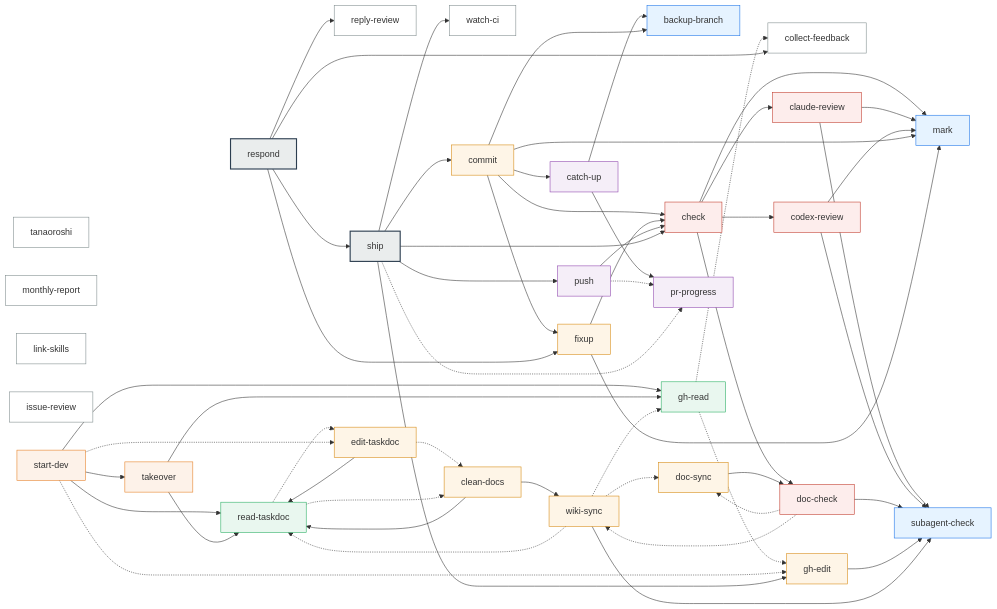
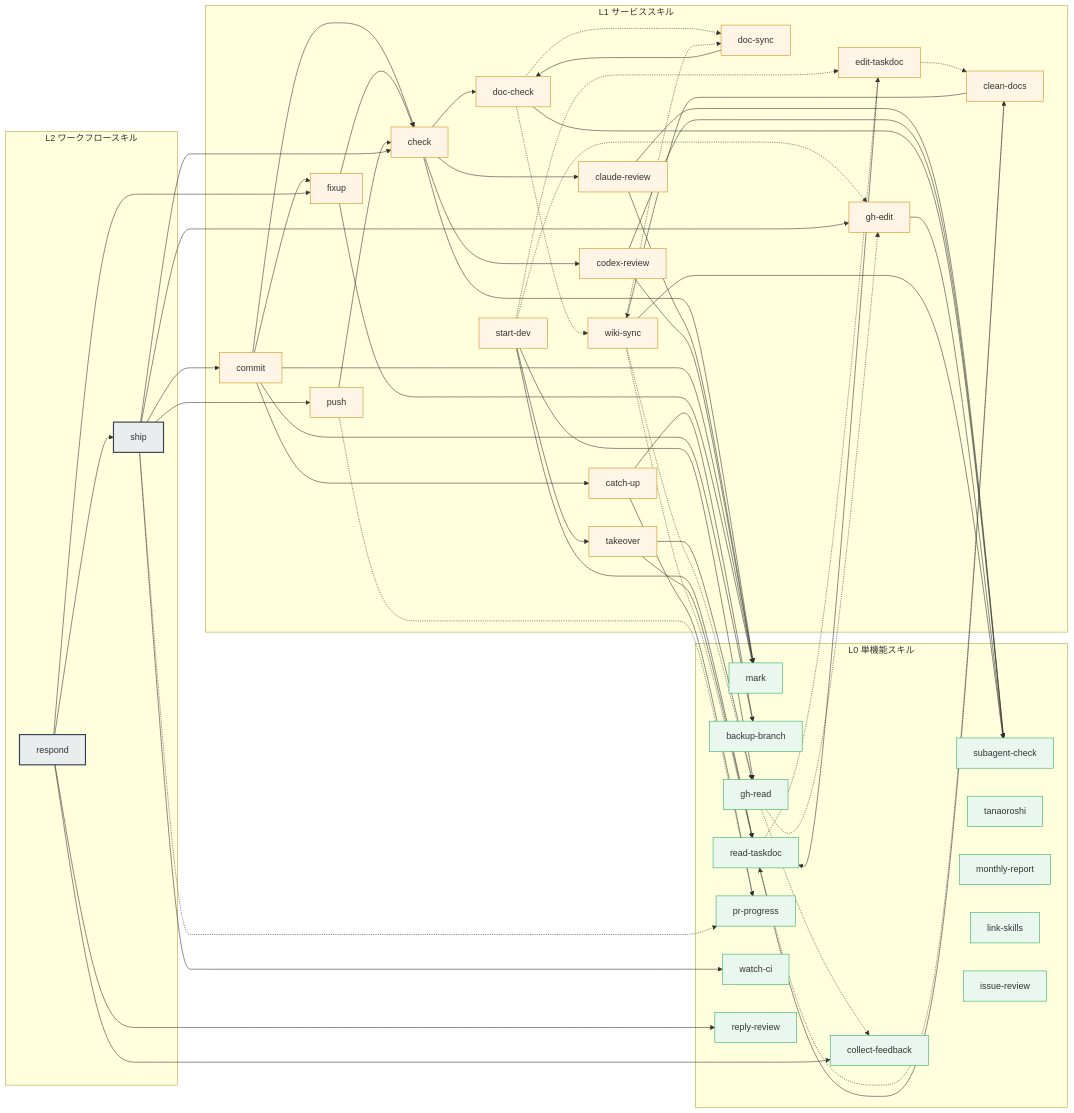
One commit to mistbind3u88/bonsai changed the second of 2 diagrams in README.md. Above: the diagram before and after it, drawn with Mermaid. The commit also changed other lines of this file and 1 other file, not shown here.

Commit message:
docs: スキル分類を単機能/サービス/ワークフローの3層に再定義
L0 atomic / L1 composite / L2 workflow の命名と、層とは別の役割細分
（utility/read/edit/check/history/bootstrap）が混在して分かりにくく、
中間層 L1 の定義も曖昧だった。3 層を L0 単機能 / L1 サービス /
L2 ワークフローに統一し、役割細分は廃止する。

- AGENTS.md: L1 サービススキルを「特定の責務の範囲で他スキルを活用
  する」スキルとして積極定義。してよいこと/してはいけないこと、
  L1→L1 委譲の一方向制約（非循環・相互参照なし）、層を分ける litmus
  を明記。判断基準 6 に層ごとの委譲制約への参照を追加
- README: 依存グラフの色分けを役割 8 区分から 3 層へ。各レイヤを
  subgraph ブロックで囲んで所属を可視化。委譲を持たない
  gh-read/read-taskdoc/pr-progress を L0 へ修正。凡例を層 3 行に置換

````diff
--- a/README.md
+++ b/README.md
@@ -82,51 +82,47 @@
 ```mermaid
 flowchart LR
-    classDef utility fill:#e6f3ff,stroke:#1a73e8;
-    classDef read fill:#e9f7ef,stroke:#27ae60;
-    classDef edit fill:#fef5e7,stroke:#d68910;
-    classDef checkc fill:#fdedec,stroke:#c0392b;
-    classDef history fill:#f5eef8,stroke:#8e44ad;
-    classDef bootstrap fill:#fdf2e9,stroke:#e67e22;
-    classDef workflow fill:#eaeded,stroke:#2c3e50,stroke-width:2px;
-    classDef atomic fill:#ffffff,stroke:#7f8c8d;
+    classDef l0 fill:#e9f7ef,stroke:#27ae60;
+    classDef l1 fill:#fef5e7,stroke:#d68910;
+    classDef l2 fill:#eaeded,stroke:#2c3e50,stroke-width:2px;
 
-    mark:::utility
-    subagent-check:::utility
-    backup-branch:::utility
+    subgraph L2G["L2 ワークフロースキル"]
+        ship:::l2
+        respond:::l2
+    end
 
-    tanaoroshi:::atomic
-    monthly-report:::atomic
-    link-skills:::atomic
-    watch-ci:::atomic
-    reply-review:::atomic
-    issue-review:::atomic
-    collect-feedback:::atomic
+    subgraph L1G["L1 サービススキル"]
+        check:::l1
+        commit:::l1
+        push:::l1
+        catch-up:::l1
+        fixup:::l1
+        doc-check:::l1
+        doc-sync:::l1
+        gh-edit:::l1
+        clean-docs:::l1
+        edit-taskdoc:::l1
+        wiki-sync:::l1
+        codex-review:::l1
+        claude-review:::l1
+        start-dev:::l1
+        takeover:::l1
+    end
 
-    gh-read:::read
-    read-taskdoc:::read
-
-    commit:::edit
-    fixup:::edit
-    gh-edit:::edit
-    edit-taskdoc:::edit
-    doc-sync:::edit
-    wiki-sync:::edit
-    clean-docs:::edit
-
-    check:::checkc
-    doc-check:::checkc
-    codex-review:::checkc
-    claude-review:::checkc
-
-    catch-up:::history
-    push:::history
-    pr-progress:::history
-
-    start-dev:::bootstrap
-    takeover:::bootstrap
-
-    ship:::workflow
-    respond:::workflow
+    subgraph L0G["L0 単機能スキル"]
+        mark:::l0
+        subagent-check:::l0
+        backup-branch:::l0
+        gh-read:::l0
+        read-taskdoc:::l0
+        pr-progress:::l0
+        tanaoroshi:::l0
+        monthly-report:::l0
+        link-skills:::l0
+        watch-ci:::l0
+        reply-review:::l0
+        issue-review:::l0
+        collect-feedback:::l0
+    end
 
     catch-up --> backup-branch
     catch-up --> pr-progress
````
